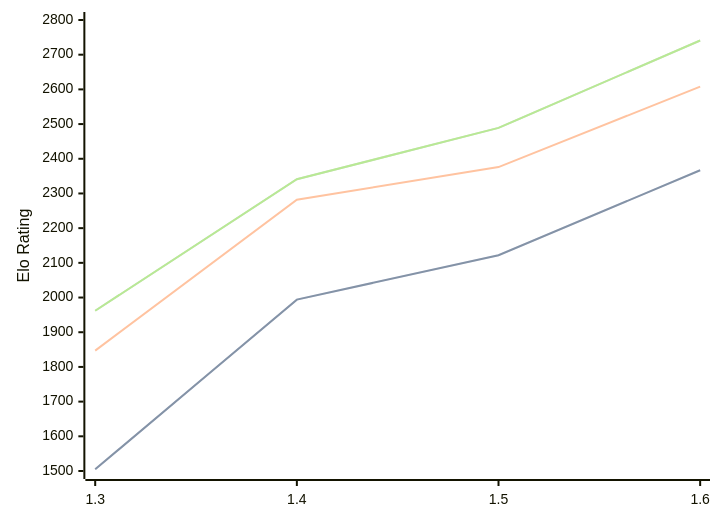
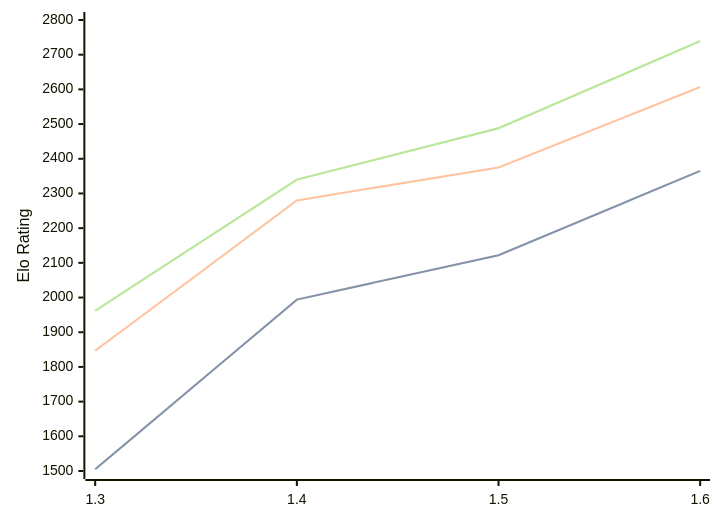
One commit to computer-chess-index/cci changed the diagram in engines/Facon.md. Above: the diagram before and after it, drawn with Mermaid. The commit also changed other lines of this file, not shown here.

Commit message:
Update CCI Ratings (ELO VLTC) - 2026-08-11

````diff
--- a/engines/Facon.md
+++ b/engines/Facon.md
@@ -35,11 +35,11 @@
 ```mermaid
 %%{init: {"theme":"base","themeVariables":{"seriesColors:['#a3a3a3','#222221','#faa371']}}}%%
 xychart-beta
   x-axis ["1.3", "1.4", "1.5", "1.6"]
   y-axis "Elo Rating" 1500 --> 2800
-  line "STC (8.0+0.08s)" [1505, 1994, 2122, 2367]
-  line "STC (8.0+0.08s)" [1505, 1994, 2122, 2367]
-  line "LTC (60.0+0.60s)" [1847, 2282, 2376, 2608]
-  line "VLTC (2m24s+1.12s)" [1962, 2341, 2489, 2741]
-  line "VLTC (2m24s+1.12s)" [1962, 2341, 2489, 2741]
+  line "STC (8.0+0.08s)" [1505, 1994, 2122, 2365]
+  line "STC (8.0+0.08s)" [1505, 1994, 2122, 2365]
+  line "LTC (60.0+0.60s)" [1847, 2280, 2375, 2607]
+  line "VLTC (2m24s+1.12s)" [1962, 2340, 2488, 2739]
+  line "VLTC (2m24s+1.12s)" [1962, 2340, 2488, 2739]
 ```
````
